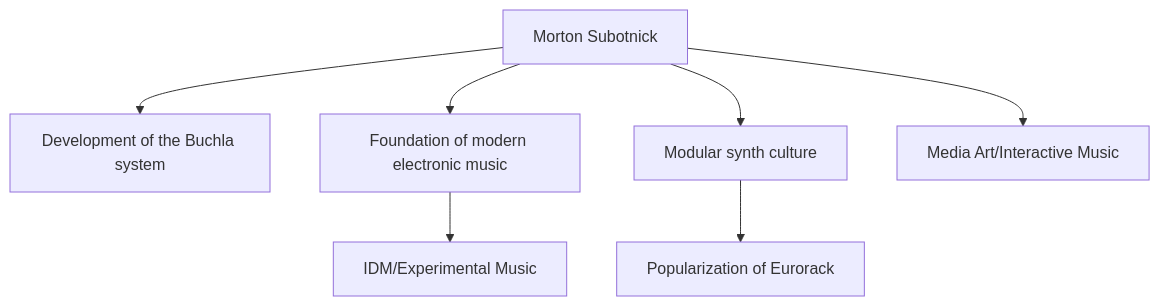
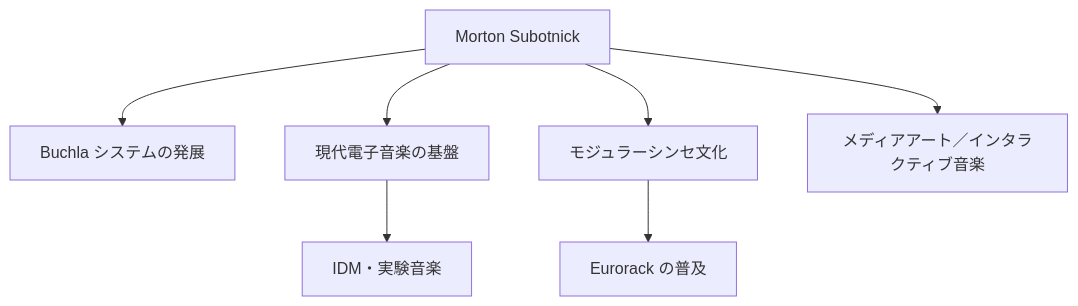
One commit to monumental-movement/monumental-movement.github.io changed the second of 2 diagrams in en/_posts/2025-11-28-column-morton-subotnick.md. Above: the diagram before and after it, drawn with Mermaid. The commit also changed other lines of this file and 2196 other files, not shown here.

```diff
--- a/en/_posts/2025-11-28-column-morton-subotnick.md
+++ b/en/_posts/2025-11-28-column-morton-subotnick.md
@@ -208,9 +201,9 @@
 <div class="mermaid">
 graph TD
-    MS["Morton Subotnick"] --> BU["Development of the Buchla system"]
-    MS --> EM["Foundation of modern electronic music"]
-    MS --> MM["Modular synth culture"]
-    MS --> MA["Media Art/Interactive Music"]
-    MM --> ER["Popularization of Eurorack"]
-    EM --> IDM["IDM/Experimental Music"]
+    MS["Morton Subotnick"] --> BU["Buchla システムの発展"]
+    MS --> EM["現代電子音楽の基盤"]
+    MS --> MM["モジュラーシンセ文化"]
+    MS --> MA["メディアアート／インタラクティブ音楽"]
+    MM --> ER["Eurorack の普及"]
+    EM --> IDM["IDM・実験音楽"]
 </div>
```
